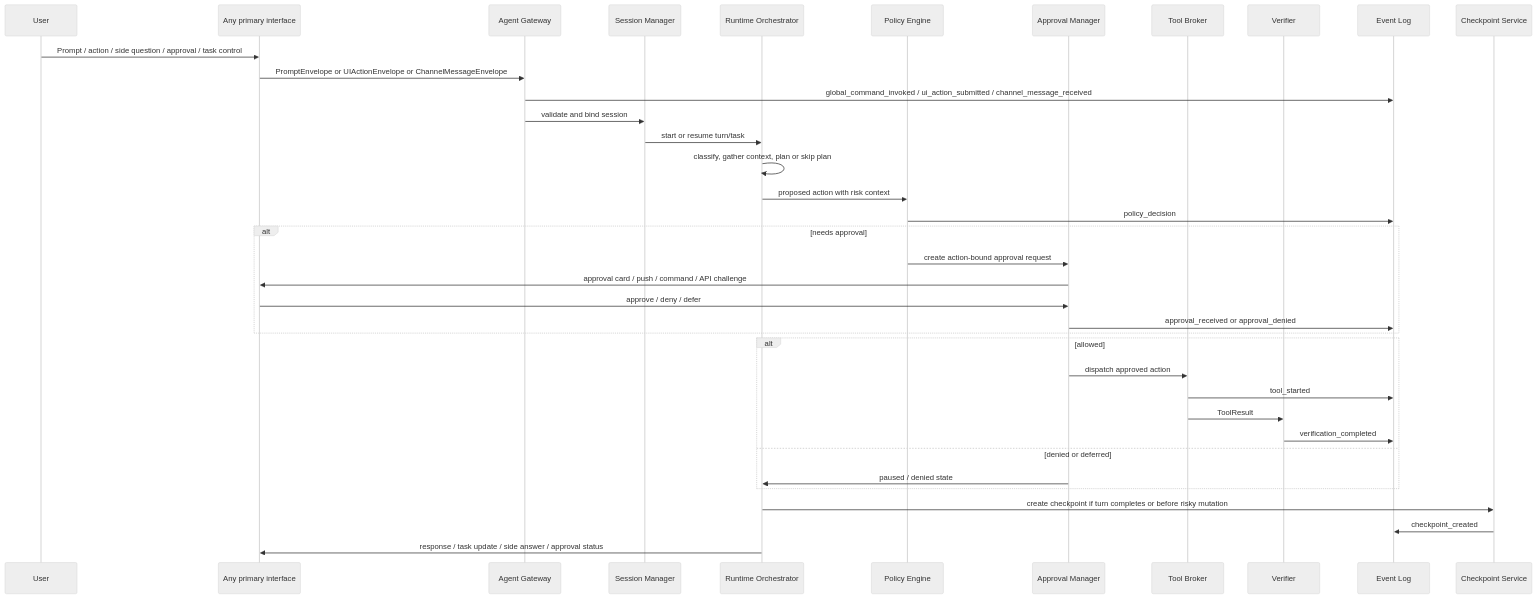
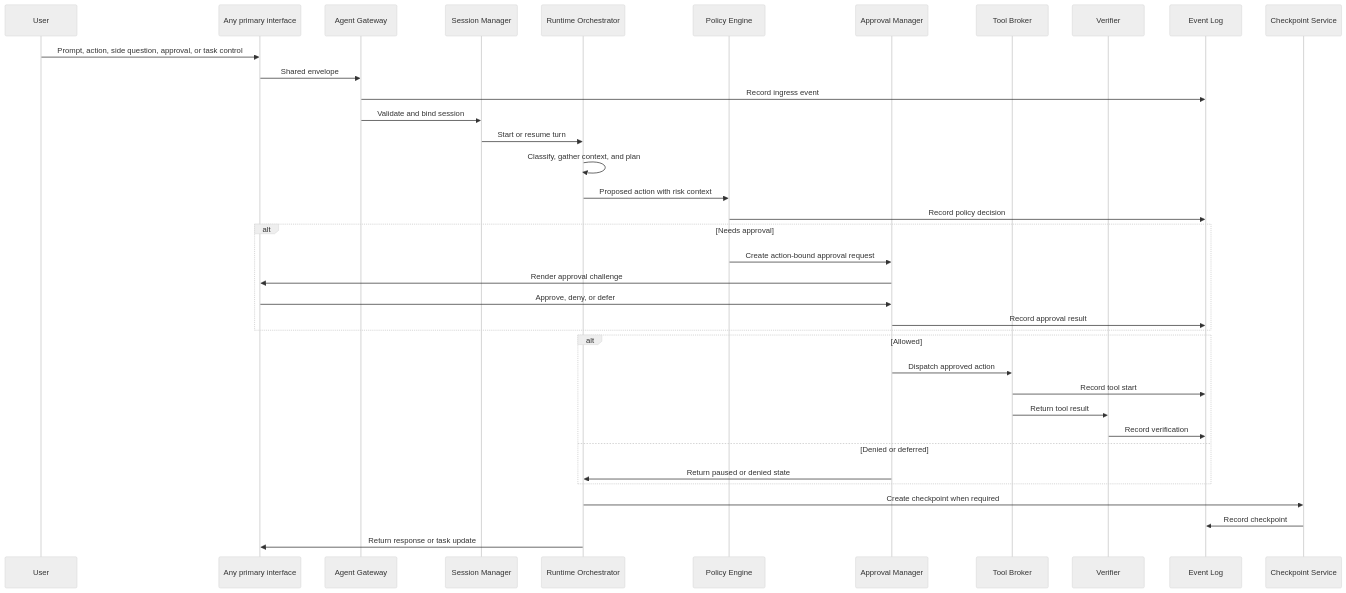
The second of 3 diagrams in docs/NESTED_BOUNDARIES_ARCHITECTURE.md (sharRahul/Raiker), drawn with Mermaid (neutral theme) before and after one commit. The commit also changed other lines of this file, not shown here.

Commit message:
Fix Mermaid rendering in nested boundaries doc

````diff
--- a/docs/NESTED_BOUNDARIES_ARCHITECTURE.md
+++ b/docs/NESTED_BOUNDARIES_ARCHITECTURE.md
@@ -219,40 +223,40 @@
 ```mermaid
 sequenceDiagram
   participant U as User
   participant I as Any primary interface
   participant G as Agent Gateway
   participant S as Session Manager
   participant R as Runtime Orchestrator
   participant P as Policy Engine
   participant A as Approval Manager
   participant B as Tool Broker
   participant V as Verifier
   participant E as Event Log
   participant C as Checkpoint Service
 
-  U->>I: Prompt / action / side question / approval / task control
-  I->>G: PromptEnvelope or UIActionEnvelope or ChannelMessageEnvelope
-  G->>E: global_command_invoked / ui_action_submitted / channel_message_received
-  G->>S: validate and bind session
-  S->>R: start or resume turn/task
-  R->>R: classify, gather context, plan or skip plan
-  R->>P: proposed action with risk context
-  P->>E: policy_decision
-  alt needs approval
-    P->>A: create action-bound approval request
-    A->>I: approval card / push / command / API challenge
-    I->>A: approve / deny / defer
-    A->>E: approval_received or approval_denied
+  U->>I: Prompt, action, side question, approval, or task control
+  I->>G: Shared envelope
+  G->>E: Record ingress event
+  G->>S: Validate and bind session
+  S->>R: Start or resume turn
+  R->>R: Classify, gather context, and plan
+  R->>P: Proposed action with risk context
+  P->>E: Record policy decision
+  alt Needs approval
+    P->>A: Create action-bound approval request
+    A->>I: Render approval challenge
+    I->>A: Approve, deny, or defer
+    A->>E: Record approval result
   end
-  alt allowed
-    A->>B: dispatch approved action
-    B->>E: tool_started
-    B->>V: ToolResult
-    V->>E: verification_completed
-  else denied or deferred
-    A->>R: paused / denied state
+  alt Allowed
+    A->>B: Dispatch approved action
+    B->>E: Record tool start
+    B->>V: Return tool result
+    V->>E: Record verification
+  else Denied or deferred
+    A->>R: Return paused or denied state
   end
-  R->>C: create checkpoint if turn completes or before risky mutation
-  C->>E: checkpoint_created
-  R->>I: response / task update / side answer / approval status
+  R->>C: Create checkpoint when required
+  C->>E: Record checkpoint
+  R->>I: Return response or task update
 ```
````
